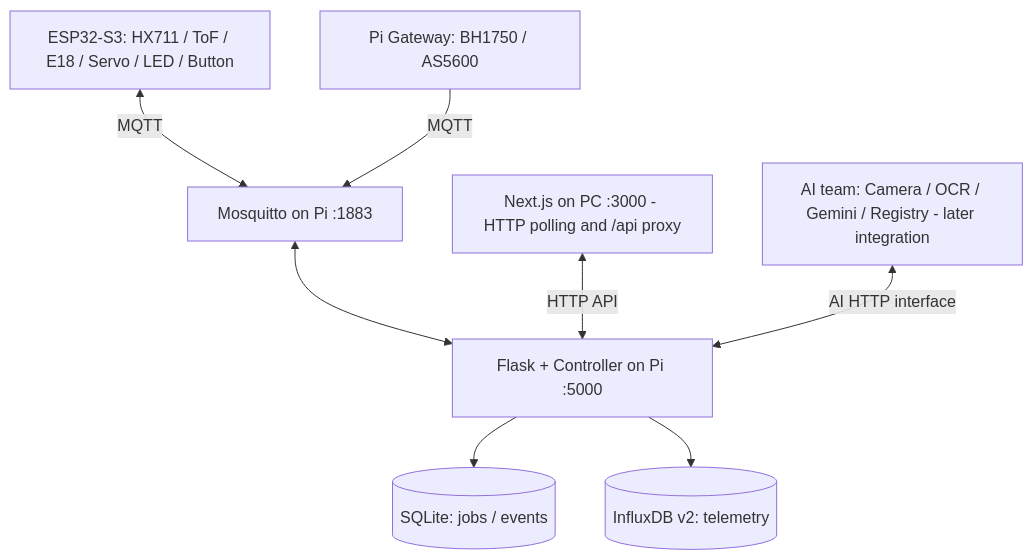
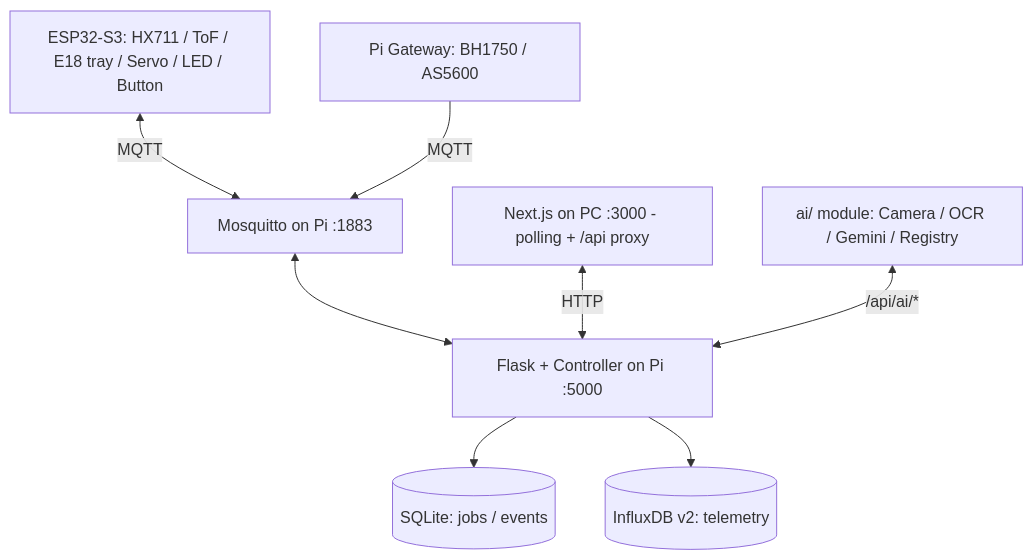
The diagram in AGENTS.md (NAnont27/IoT-mini-sorting-hub), drawn with Mermaid before and after one commit. The commit also changed other lines of this file and 18 other files, not shown here.

First line of the commit message:
feat: single tray IR (D011), web servo test, ToF/servo bench sketches

````diff
--- a/AGENTS.md
+++ b/AGENTS.md
@@ -81,18 +111,18 @@
 ```mermaid
 flowchart TB
-    ESP["ESP32-S3: HX711 / ToF / E18 / Servo / LED / Button"]
+    ESP["ESP32-S3: HX711 / ToF / E18 tray / Servo / LED / Button"]
     GW["Pi Gateway: BH1750 / AS5600"]
     MQTT["Mosquitto on Pi :1883"]
     HUB["Flask + Controller on Pi :5000"]
-    WEB["Next.js on PC :3000 - HTTP polling and /api proxy"]
+    WEB["Next.js on PC :3000 - polling + /api proxy"]
     SQL[(SQLite: jobs / events)]
     TS[(InfluxDB v2: telemetry)]
-    AI["AI team: Camera / OCR / Gemini / Registry - later integration"]
+    AI["ai/ module: Camera / OCR / Gemini / Registry"]
     ESP <-->|MQTT| MQTT
     GW -->|MQTT| MQTT
     MQTT <--> HUB
-    WEB <-->|HTTP API| HUB
+    WEB <-->|HTTP| HUB
     HUB --> SQL
     HUB --> TS
-    AI <-->|AI HTTP interface| HUB
+    AI <-->|/api/ai/*| HUB
 ```
````
